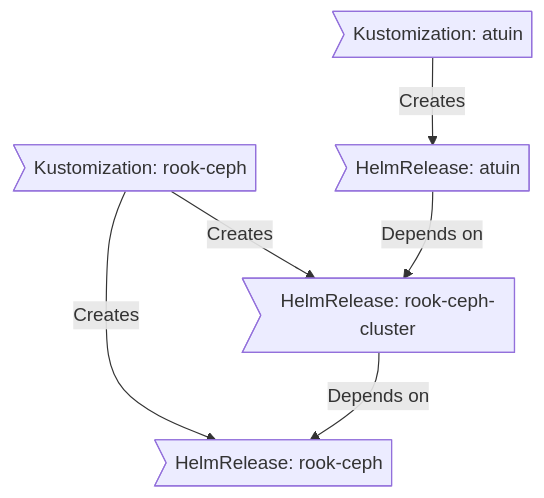
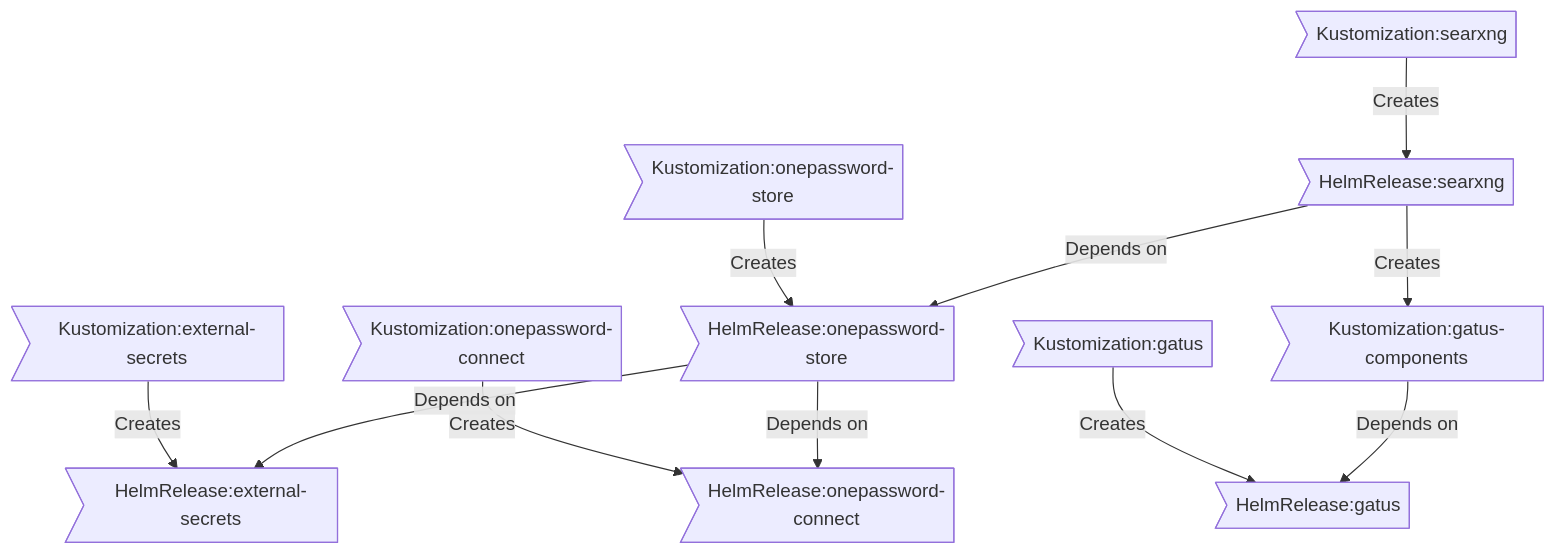
One commit to soulwhisper/homelab-ops changed the diagram in docs/src/infrastructure/kubernetes.md. Above: the diagram before and after it, drawn with Mermaid. The commit also changed other lines of this file and 86 other files, not shown here.

Commit message:
feat(k8s): refractor onepassword-store, update docs

````diff
--- a/docs/src/infrastructure/kubernetes.md
+++ b/docs/src/infrastructure/kubernetes.md
@@ -44,8 +45,13 @@
 ```mermaid
 graph TD
-    A>Kustomization: rook-ceph] -->|Creates| B[HelmRelease: rook-ceph]
-    A>Kustomization: rook-ceph] -->|Creates| C[HelmRelease: rook-ceph-cluster]
-    C>HelmRelease: rook-ceph-cluster] -->|Depends on| B>HelmRelease: rook-ceph]
-    D>Kustomization: atuin] -->|Creates| E(HelmRelease: atuin)
-    E>HelmRelease: atuin] -->|Depends on| C>HelmRelease: rook-ceph-cluster]
+    A>Kustomization:external-secrets] -->|Creates| B[HelmRelease:external-secrets]
+    C>Kustomization:onepassword-connect] -->|Creates| D[HelmRelease:onepassword-connect]
+    E>Kustomization:onepassword-store] -->|Creates| F[HelmRelease:onepassword-store]
+    F>HelmRelease:onepassword-store] -->|Depends on| B>HelmRelease:external-secrets]
+    F>HelmRelease:onepassword-store] -->|Depends on| D>HelmRelease:onepassword-connect]
+    G>Kustomization:gatus] -->|Creates| H[HelmRelease:gatus]
+    I>Kustomization:searxng] -->|Creates| J[HelmRelease:searxng]
+    J>HelmRelease:searxng] -->|Depends on| F>HelmRelease:onepassword-store]
+    J>HelmRelease:searxng] -->|Creates| K>Kustomization:gatus-components]
+    K>Kustomization:gatus-components] -->|Depends on| H>HelmRelease:gatus]
 ```
````
